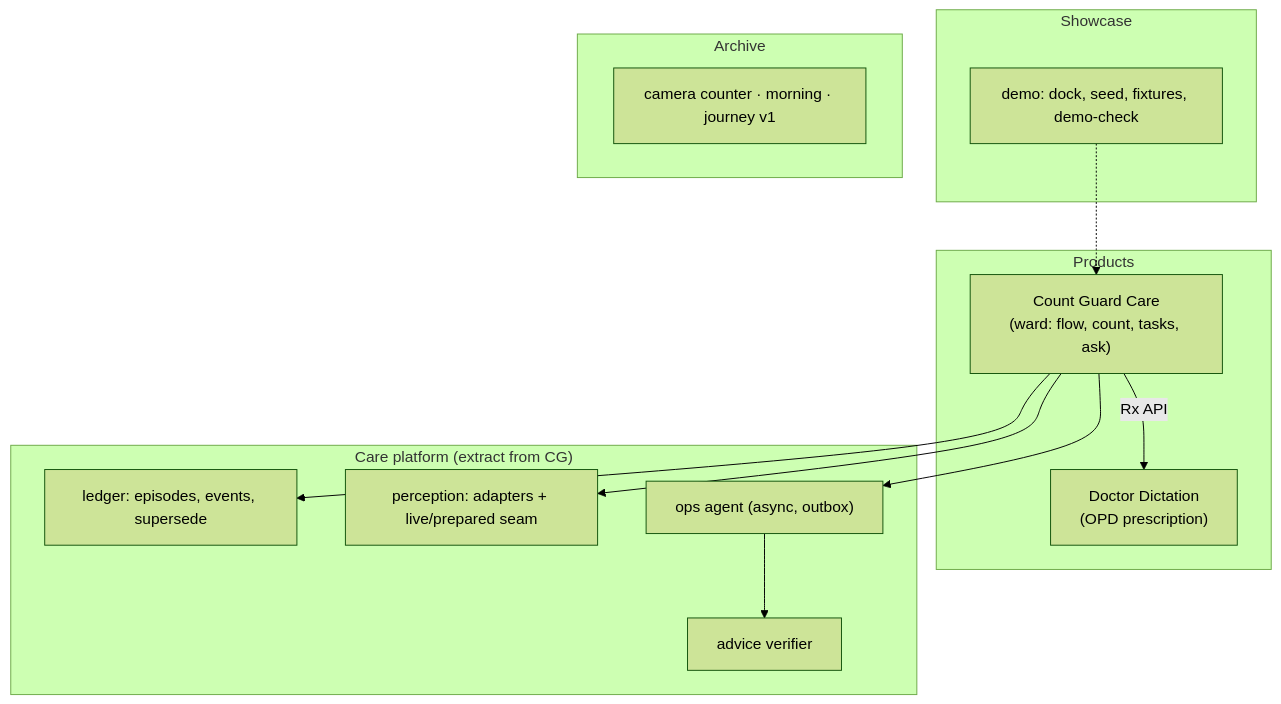
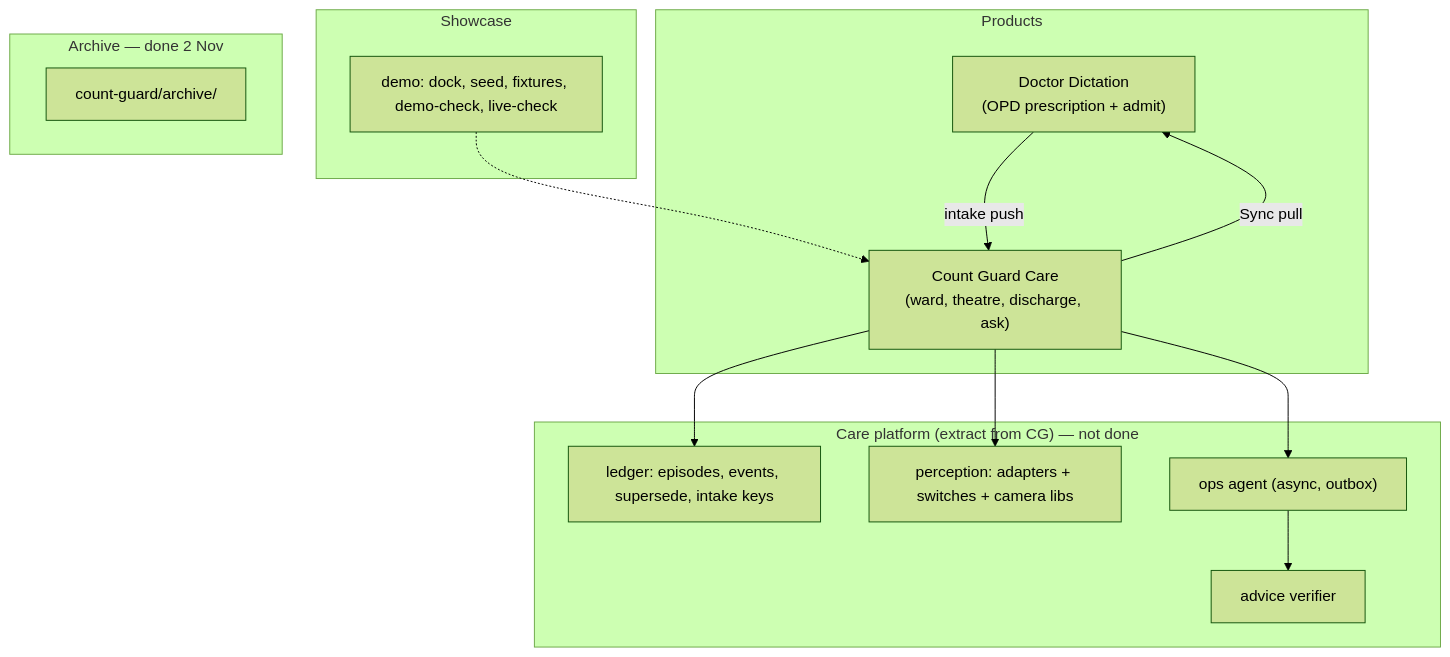
One commit to lvnpred/hackathon26-proof changed diagram 12 of 12 in docs/product-overview/ARCHITECTURE_OVERVIEW.md. Above: the diagram before and after it, drawn with Mermaid (forest theme). The commit also changed other lines of this file and 10 other files, not shown here.

Commit message:
Product overview refreshed after the Doctor Dictation to Count Guard consolidation

````diff
--- a/docs/product-overview/ARCHITECTURE_OVERVIEW.md
+++ b/docs/product-overview/ARCHITECTURE_OVERVIEW.md
@@ -217,23 +251,24 @@
 ```mermaid
 flowchart TB
   subgraph Products
-    RX["Doctor Dictation<br/>(OPD prescription)"]
-    WARD["Count Guard Care<br/>(ward: flow, count, tasks, ask)"]
+    RX["Doctor Dictation<br/>(OPD prescription + admit)"]
+    WARD["Count Guard Care<br/>(ward, theatre, discharge, ask)"]
   end
-  subgraph Platform["Care platform (extract from CG)"]
-    LED["ledger: episodes, events, supersede"]
-    PER["perception: adapters + live/prepared seam"]
+  subgraph Platform["Care platform (extract from CG) — not done"]
+    LED["ledger: episodes, events, supersede, intake keys"]
+    PER["perception: adapters + switches + camera libs"]
     OPS["ops agent (async, outbox)"]
     VER["advice verifier"]
   end
   subgraph Showcase
-    DEMO["demo: dock, seed, fixtures, demo-check"]
+    DEMO["demo: dock, seed, fixtures, demo-check, live-check"]
   end
-  subgraph Archive
-    ARC["camera counter · morning · journey v1"]
+  subgraph Archive["Archive — done 2 Nov"]
+    ARC["count-guard/archive/"]
   end
   WARD --> LED & PER & OPS
   OPS --> VER
-  WARD -->|"Rx API"| RX
+  RX -->|"intake push"| WARD
+  WARD -->|"Sync pull"| RX
   DEMO -.-> WARD
 ```
````
